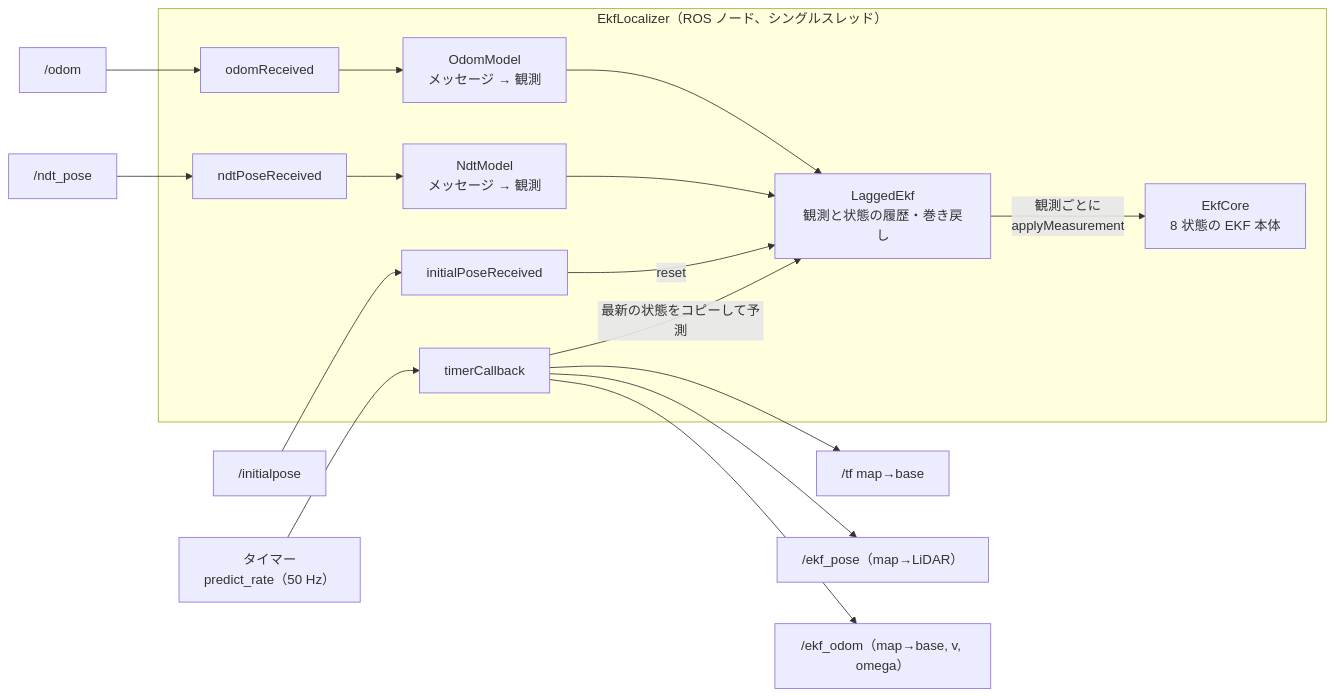
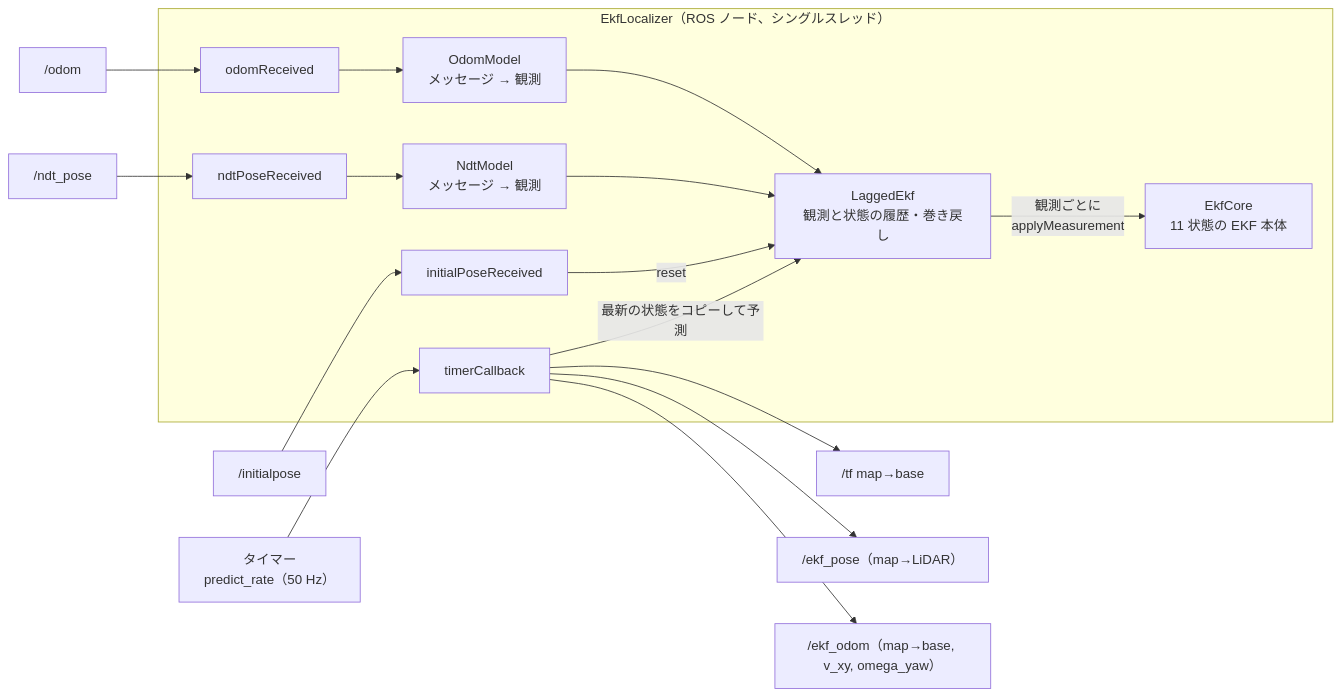
Before and after one commit to MaeharaTakumi/ekf_localizer: the first of 5 diagrams in docs/ekf_flow.md, drawn with Mermaid. The commit also changed other lines of this file and 9 other files, not shown here.

First line of the commit message:
状態に v_z・omega_roll・omega_pitch を足して 11 状態にする（各軸独立。v → v_xy、omega → omega_yaw）

````diff
--- a/docs/ekf_flow.md
+++ b/docs/ekf_flow.md
@@ -7,23 +7,23 @@
 ```mermaid
 flowchart LR
   odom["/odom"] --> cbO["odomReceived"]
   ndt["/ndt_pose"] --> cbN["ndtPoseReceived"]
   ip["/initialpose"] --> cbI["initialPoseReceived"]
   timer["タイマー<br/>predict_rate（50 Hz）"] --> cbT["timerCallback"]
 
   subgraph node["EkfLocalizer（ROS ノード、シングルスレッド）"]
     cbO --> om["OdomModel<br/>メッセージ → 観測"]
     cbN --> nm["NdtModel<br/>メッセージ → 観測"]
     om --> lag
     nm --> lag
     cbI -->|reset| lag
     lag["LaggedEkf<br/>観測と状態の履歴・巻き戻し"]
-    core["EkfCore<br/>8 状態の EKF 本体"]
+    core["EkfCore<br/>11 状態の EKF 本体"]
     lag -->|観測ごとに<br/>applyMeasurement| core
     cbT -->|最新の状態をコピーして予測| lag
   end
 
   cbT --> tf["/tf map→base"]
   cbT --> ep["/ekf_pose（map→LiDAR）"]
-  cbT --> eo["/ekf_odom（map→base, v, omega）"]
+  cbT --> eo["/ekf_odom（map→base, v_xy, omega_yaw）"]
 ```
````
